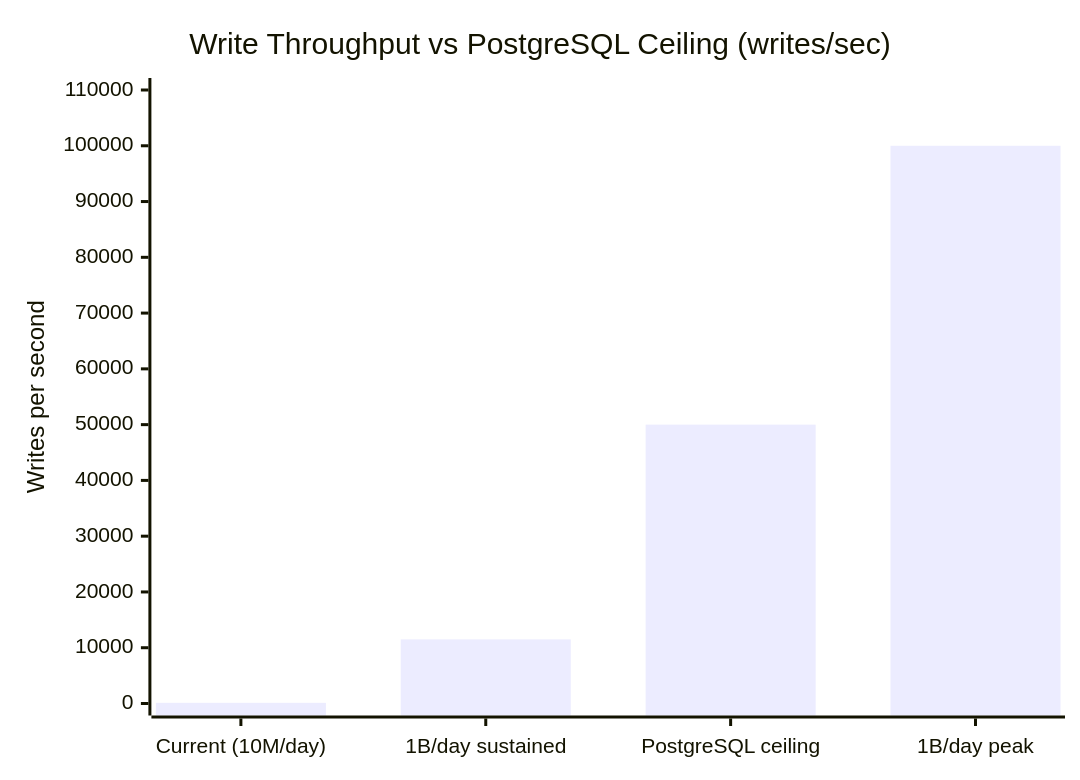
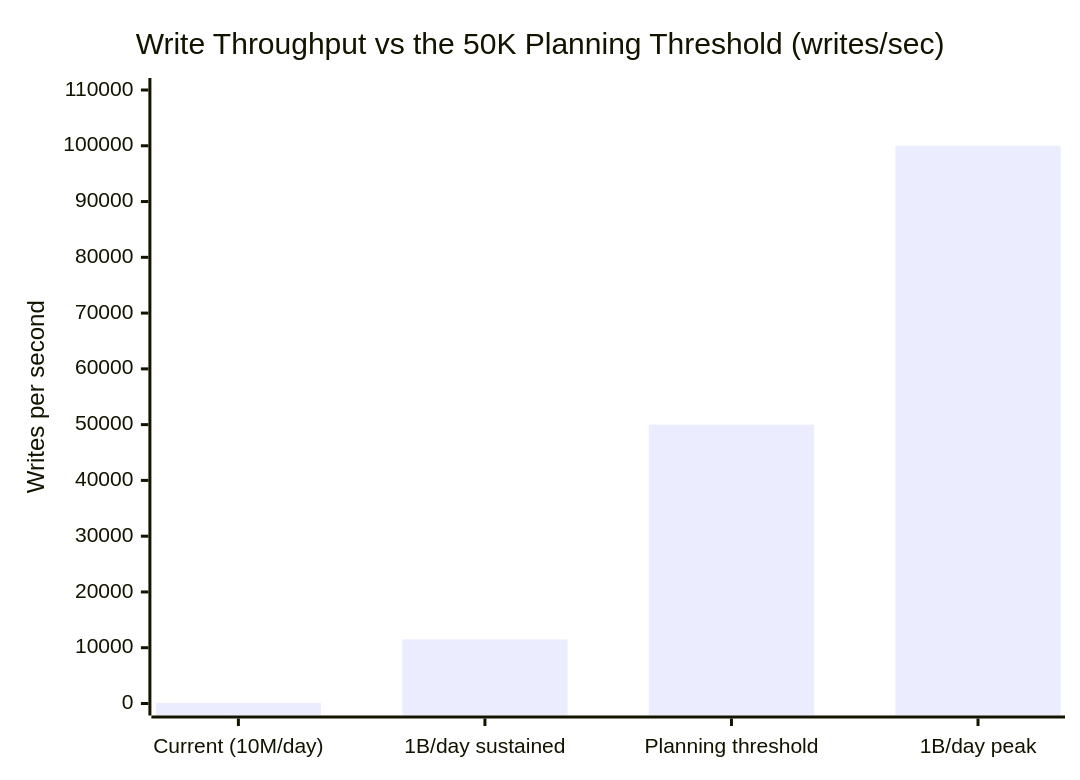
The fourth of 5 diagrams in src/main/java/com/rutik/systemdesign/database/database_selection_framework/README.md (rppol/system-design), drawn with Mermaid before and after one commit. The commit also changed other lines of this file and 2 other files, not shown here.

````diff
--- a/src/main/java/com/rutik/systemdesign/database/database_selection_framework/README.md
+++ b/src/main/java/com/rutik/systemdesign/database/database_selection_framework/README.md
@@ -385,7 +400,7 @@
 ```mermaid
 xychart-beta
-    title "Write Throughput vs PostgreSQL Ceiling (writes/sec)"
-    x-axis ["Current (10M/day)", "1B/day sustained", "PostgreSQL ceiling", "1B/day peak"]
+    title "Write Throughput vs the 50K Planning Threshold (writes/sec)"
+    x-axis ["Current (10M/day)", "1B/day sustained", "Planning threshold", "1B/day peak"]
     y-axis "Writes per second" 0 --> 110000
     bar [116, 11500, 50000, 100000]
 ```
````
